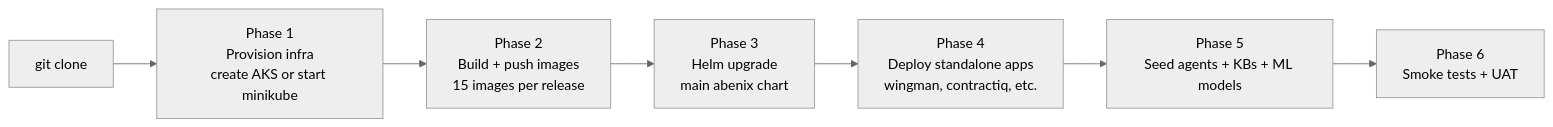
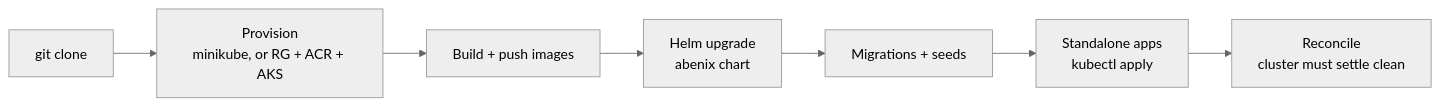
Before and after one commit to sarkar4777/abenix: the diagram in apps/web/public/dev-docs/06-deployment/00-overview.md, drawn with Mermaid (neutral theme). The commit also changed other lines of this file and 288 other files, not shown here.

````diff
--- a/apps/web/public/dev-docs/06-deployment/00-overview.md
+++ b/apps/web/public/dev-docs/06-deployment/00-overview.md
@@ -25,9 +28,9 @@
 ```mermaid
 flowchart LR
-  G["git clone"] --> P["Phase 1<br/>Provision infra<br/>create AKS or start minikube"]
-  P --> B["Phase 2<br/>Build + push images<br/>15 images per release"]
-  B --> H["Phase 3<br/>Helm upgrade<br/>main abenix chart"]
-  H --> S["Phase 4<br/>Deploy standalone apps<br/>wingman, contractiq, etc."]
-  S --> SD["Phase 5<br/>Seed agents + KBs + ML models"]
-  SD --> T["Phase 6<br/>Smoke tests + UAT"]
+  G["git clone"] --> P["Provision<br/>minikube, or RG + ACR + AKS"]
+  P --> B["Build + push images"]
+  B --> H["Helm upgrade<br/>abenix chart"]
+  H --> S["Migrations + seeds"]
+  S --> A["Standalone apps<br/>kubectl apply"]
+  A --> R["Reconcile<br/>cluster must settle clean"]
 ```
````
